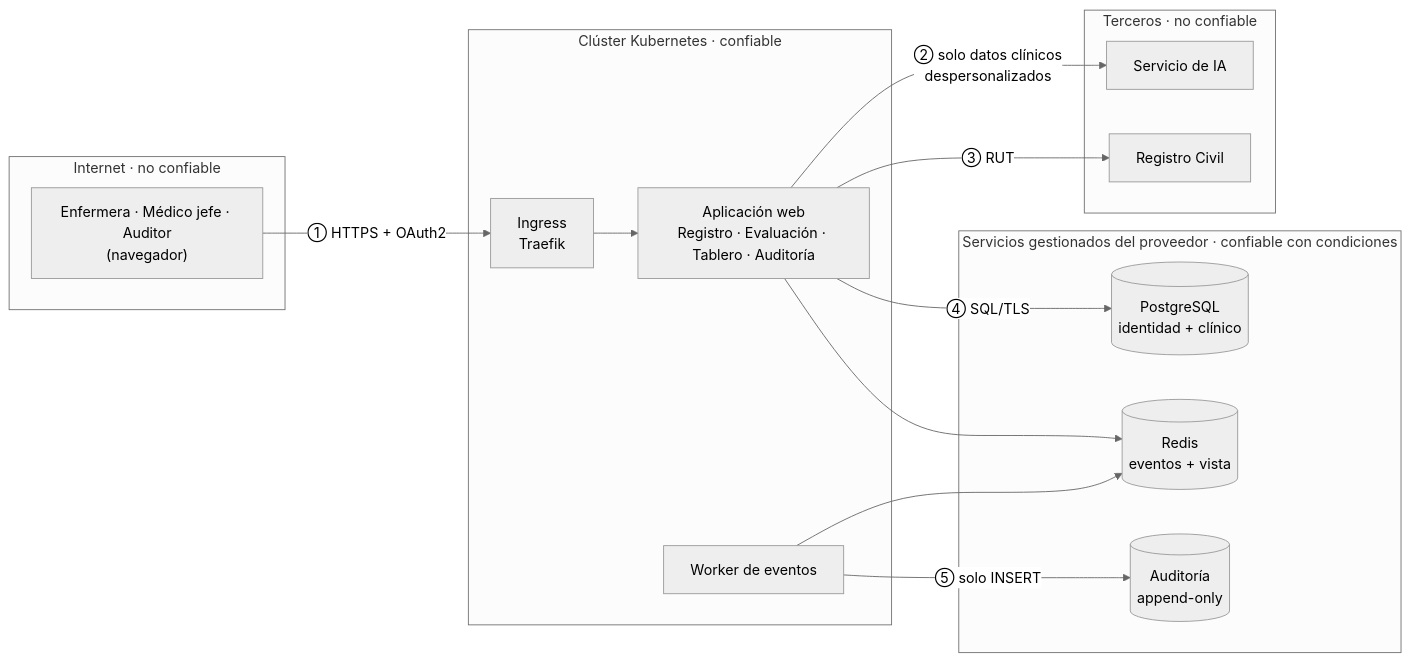
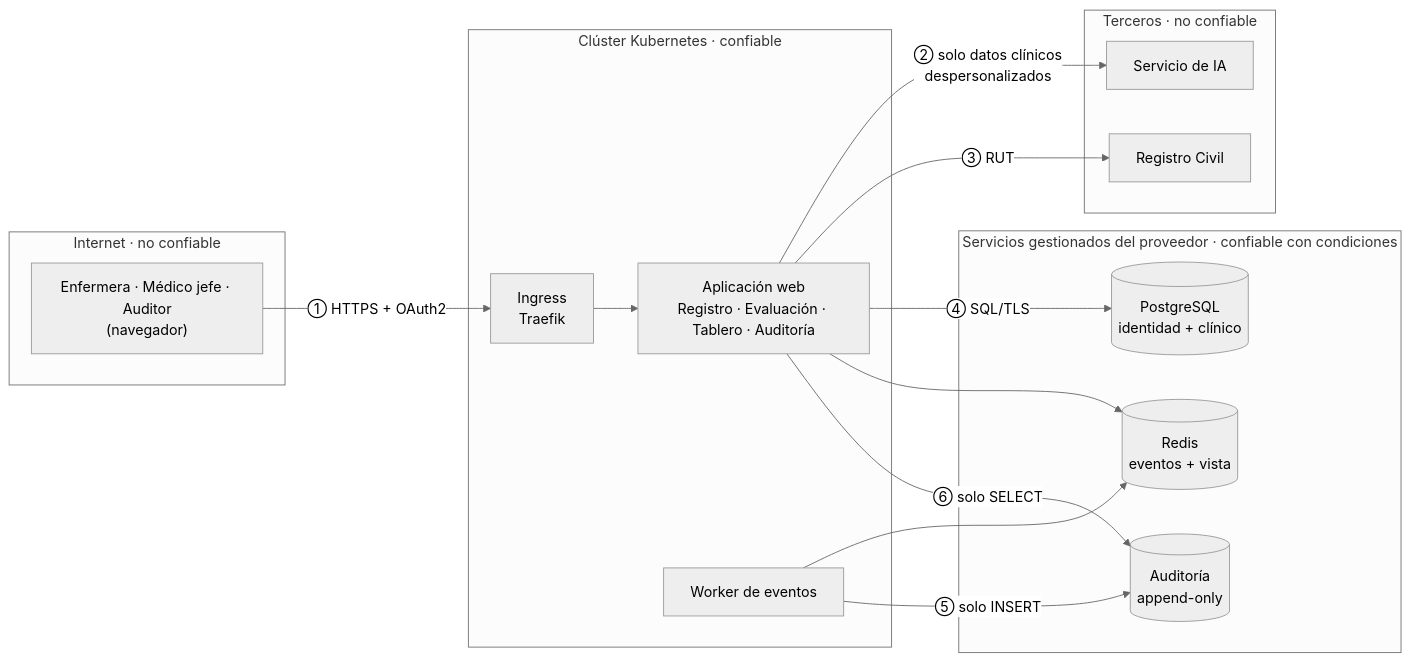
The diagram in docs/threat-model.md (constanzavaldiviadiaz-svg/meditriage), drawn with Mermaid (neutral theme) before and after one commit. The commit also changed other lines of this file and 5 other files, not shown here.

````diff
--- a/docs/threat-model.md
+++ b/docs/threat-model.md
@@ -35,27 +35,28 @@
 ```mermaid
 flowchart LR
     subgraph internet["Internet · no confiable"]
         U["Enfermera · Médico jefe · Auditor<br/>(navegador)"]
     end
     subgraph cluster["Clúster Kubernetes · confiable"]
         ING["Ingress<br/>Traefik"]
         APP["Aplicación web<br/>Registro · Evaluación · Tablero · Auditoría"]
         W["Worker de eventos"]
     end
     subgraph gestionados["Servicios gestionados del proveedor · confiable con condiciones"]
         PG[("PostgreSQL<br/>identidad + clínico")]
         RD[("Redis<br/>eventos + vista")]
         AU[("Auditoría<br/>append-only")]
     end
     subgraph terceros["Terceros · no confiable"]
         IA["Servicio de IA"]
         RC["Registro Civil"]
     end
     U -- "① HTTPS + OAuth2" --> ING --> APP
     APP -- "② solo datos clínicos<br/>despersonalizados" --> IA
     APP -- "③ RUT" --> RC
     APP -- "④ SQL/TLS" --> PG
     APP --> RD
     W --> RD
     W -- "⑤ solo INSERT" --> AU
+    APP -- "⑥ solo SELECT" --> AU
 ```
````
